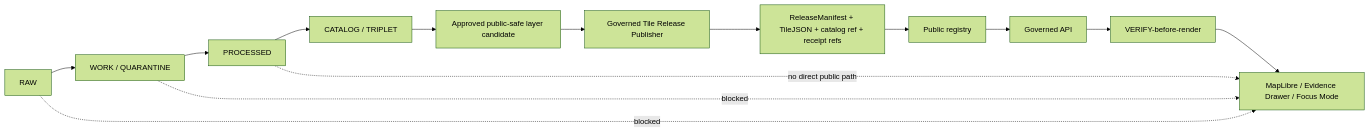
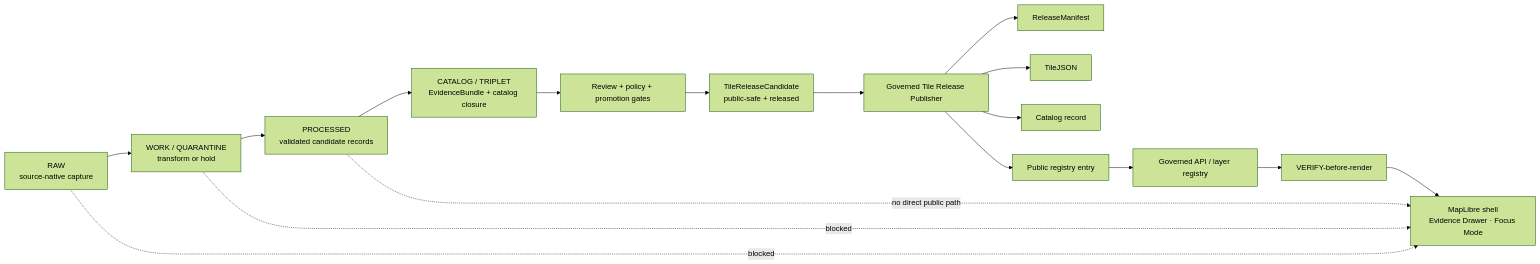
The first of 2 diagrams in docs/architecture/tiles/GOVERNED_TILE_RELEASE_PUBLISHER.md (bartytime4life/Kansas-Frontier-Matrix), drawn with Mermaid (forest theme) before and after one commit. The commit also changed other lines of this file, not shown here.

````diff
--- a/docs/architecture/tiles/GOVERNED_TILE_RELEASE_PUBLISHER.md
+++ b/docs/architecture/tiles/GOVERNED_TILE_RELEASE_PUBLISHER.md
@@ -129,17 +145,20 @@
 ```mermaid
 flowchart LR
-  RAW[RAW] --> WORK[WORK / QUARANTINE]
-  WORK --> PROCESSED[PROCESSED]
-  PROCESSED --> CATALOG[CATALOG / TRIPLET]
-  CATALOG --> CANDIDATE[Approved public-safe layer candidate]
+  RAW[RAW<br/>source-native capture] --> WORK[WORK / QUARANTINE<br/>transform or hold]
+  WORK --> PROCESSED[PROCESSED<br/>validated candidate records]
+  PROCESSED --> CATALOG[CATALOG / TRIPLET<br/>EvidenceBundle + catalog closure]
+  CATALOG --> REVIEW[Review + policy + promotion gates]
+  REVIEW --> CANDIDATE[TileReleaseCandidate<br/>public-safe + released]
   CANDIDATE --> PUBLISHER[Governed Tile Release Publisher]
-  PUBLISHER --> RELEASE[ReleaseManifest + TileJSON + catalog ref + receipt refs]
-  RELEASE --> REGISTRY[Public registry]
-  REGISTRY --> API[Governed API]
+  PUBLISHER --> MANIFEST[ReleaseManifest]
+  PUBLISHER --> TILEJSON[TileJSON]
+  PUBLISHER --> CATREC[Catalog record]
+  PUBLISHER --> REGISTRY[Public registry entry]
+  REGISTRY --> API[Governed API / layer registry]
   API --> VERIFY[VERIFY-before-render]
-  VERIFY --> UI[MapLibre / Evidence Drawer / Focus Mode]
+  VERIFY --> UI[MapLibre shell<br/>Evidence Drawer · Focus Mode]
 
   RAW -. blocked .-> UI
   WORK -. blocked .-> UI
   PROCESSED -. no direct public path .-> UI
 ```
````
